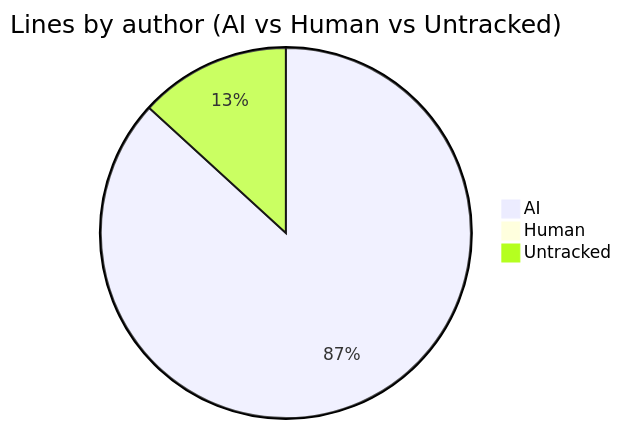
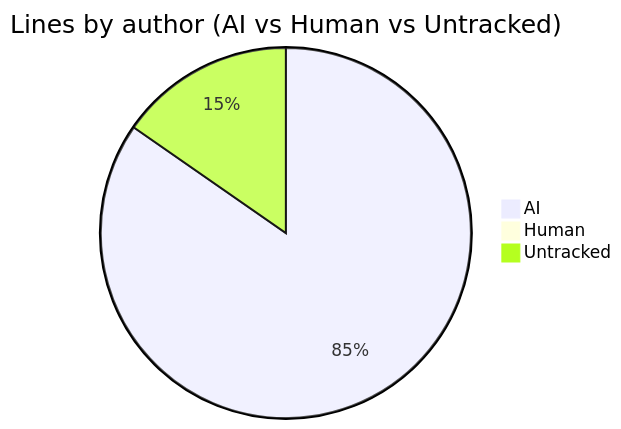
Before and after one commit to CaliMark/game-of-life: the fifth of 7 diagrams in AI-AUTHORSHIP.md, drawn with Mermaid. The commit also changed other lines of this file and 1 other file, not shown here.

````diff
--- a/AI-AUTHORSHIP.md
+++ b/AI-AUTHORSHIP.md
@@ -57,6 +54,6 @@
 ```mermaid
 pie title Lines by author (AI vs Human vs Untracked)
     "AI" : 585
-    "Human" : 1
-    "Untracked" : 89
+    "Human" : 0
+    "Untracked" : 106
 ```
````
